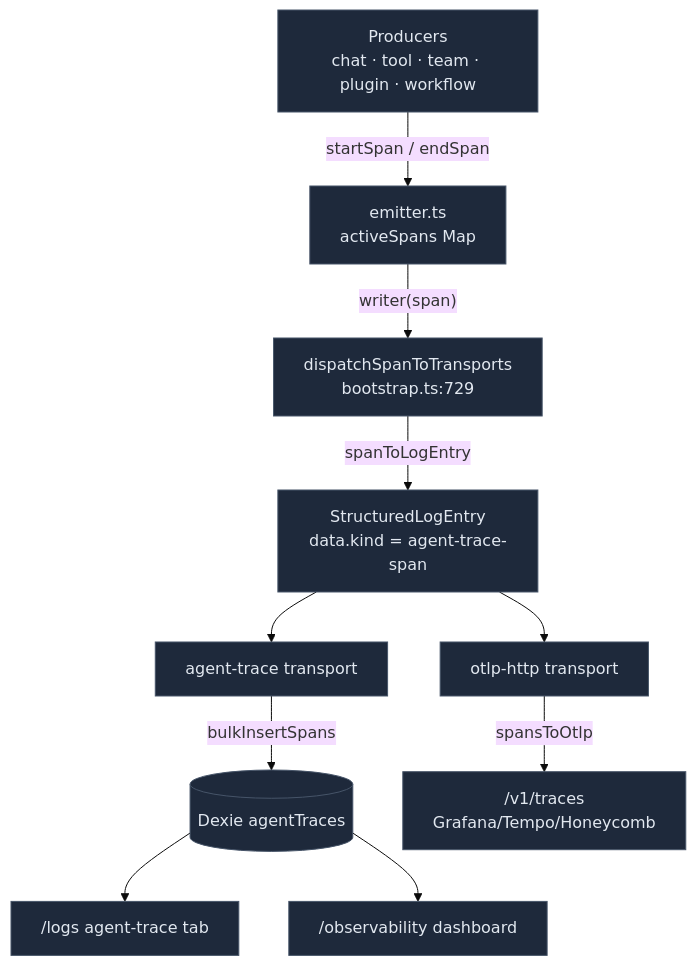
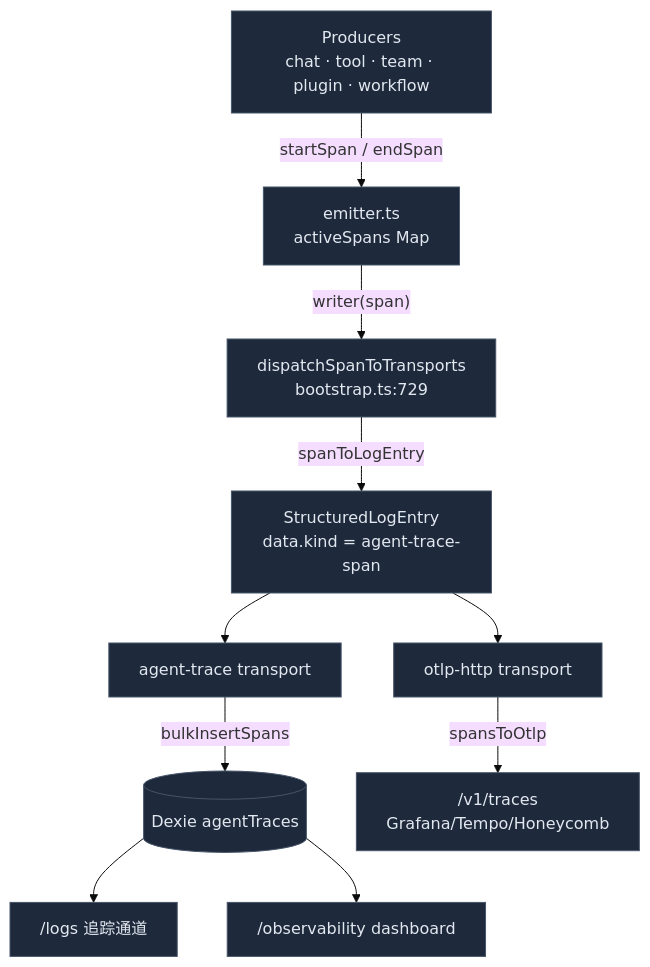
One commit to MaxQian888/cognia-next changed the diagram in docs/content/docs/zh/subsystems/observability/agent-trace.mdx. Above: the diagram before and after it, drawn with Mermaid (base theme). The commit also changed other lines of this file and 22 other files, not shown here.

````diff
--- a/docs/content/docs/zh/subsystems/observability/agent-trace.mdx
+++ b/docs/content/docs/zh/subsystems/observability/agent-trace.mdx
@@ -94,16 +94,16 @@
 ```mermaid
 flowchart TB
   Prod["Producers<br/>chat · tool · team · plugin · workflow"]
   Prod -->|"startSpan / endSpan"| Em["emitter.ts<br/>activeSpans Map"]
   Em -->|"writer(span)"| Disp["dispatchSpanToTransports<br/>bootstrap.ts:729"]
   Disp -->|"spanToLogEntry"| Entry["StructuredLogEntry<br/>data.kind = agent-trace-span"]
   Entry --> AT["agent-trace transport"]
   Entry --> OTLP["otlp-http transport"]
   AT -->|"bulkInsertSpans"| Dexie[("Dexie agentTraces")]
   OTLP -->|"spansToOtlp"| Wire["/v1/traces<br/>Grafana/Tempo/Honeycomb"]
-  Dexie --> Panel["/logs agent-trace tab"]
+  Dexie --> Panel["/logs 追踪通道"]
   Dexie --> Dash["/observability dashboard"]
 
   classDef box fill:#1e293b,stroke:#475569,color:#e2e8f0
   class Prod,Em,Disp,Entry,AT,OTLP,Dexie,Wire,Panel,Dash box
 ```
````
